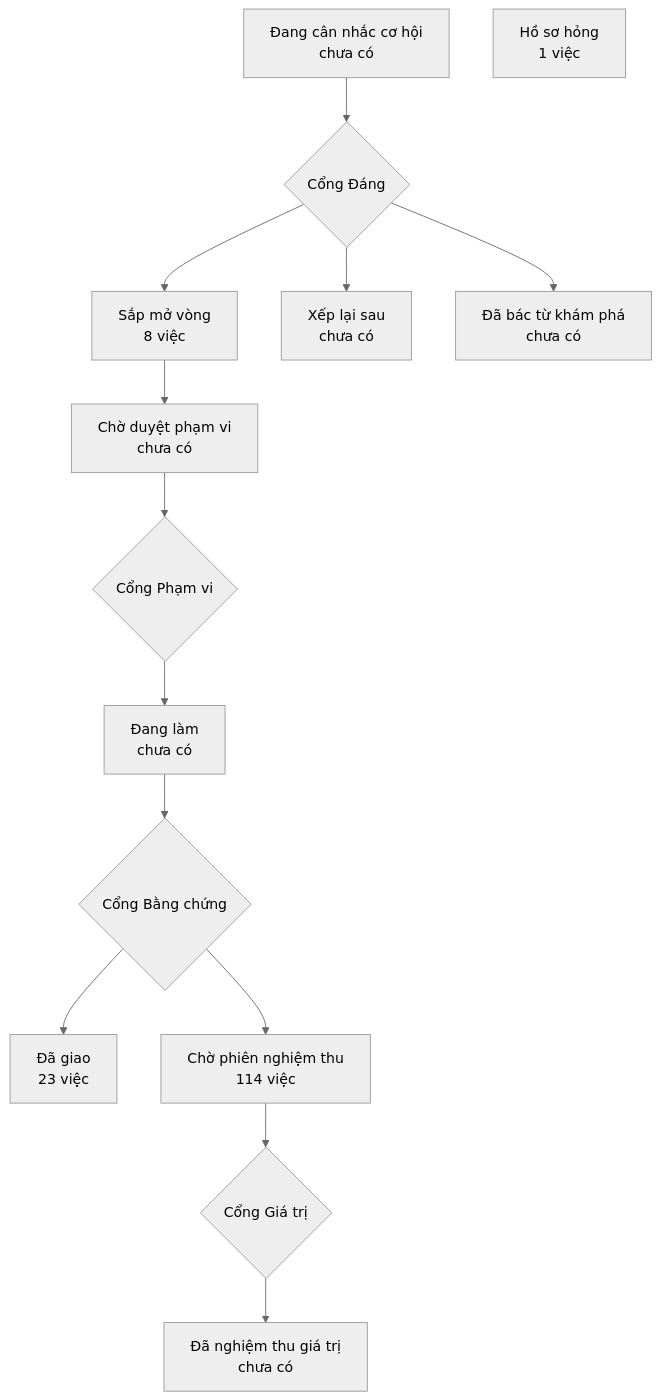
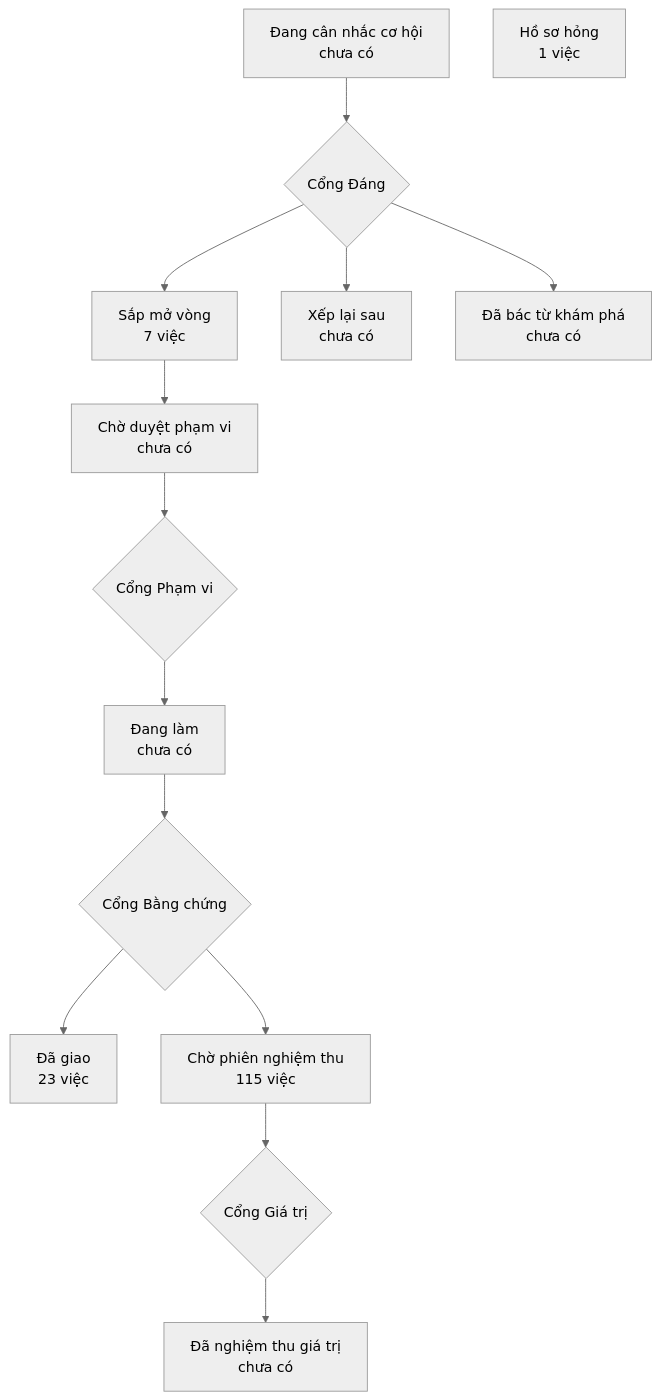
One commit to phanlemanh/onehub-quy-hang changed the diagram in PRODUCT-MAP.md. Above: the diagram before and after it, drawn with Mermaid (neutral theme). The commit also changed 1 other file, not shown here.

Commit message:
chore: vẽ lại bản đồ và lộ trình sau gộp main

````diff
--- a/PRODUCT-MAP.md
+++ b/PRODUCT-MAP.md
@@ -7,13 +7,13 @@
 ```mermaid
 flowchart TD
   A["Đang cân nhắc cơ hội<br/>chưa có"] --> GD{"Cổng Đáng"}
-  GD --> B["Sắp mở vòng<br/>8 việc"]
+  GD --> B["Sắp mở vòng<br/>7 việc"]
   GD --> XL["Xếp lại sau<br/>chưa có"]
   GD --> DB["Đã bác từ khám phá<br/>chưa có"]
   B --> CD["Chờ duyệt phạm vi<br/>chưa có"] --> GP{"Cổng Phạm vi"}
   GP --> DL["Đang làm<br/>chưa có"] --> GB{"Cổng Bằng chứng"}
   GB --> DG["Đã giao<br/>23 việc"]
-  GB --> CN["Chờ phiên nghiệm thu<br/>114 việc"] --> GG{"Cổng Giá trị"}
+  GB --> CN["Chờ phiên nghiệm thu<br/>115 việc"] --> GG{"Cổng Giá trị"}
   GG --> NT["Đã nghiệm thu giá trị<br/>chưa có"]
   HS["Hồ sơ hỏng<br/>1 việc"]
 ```
````
